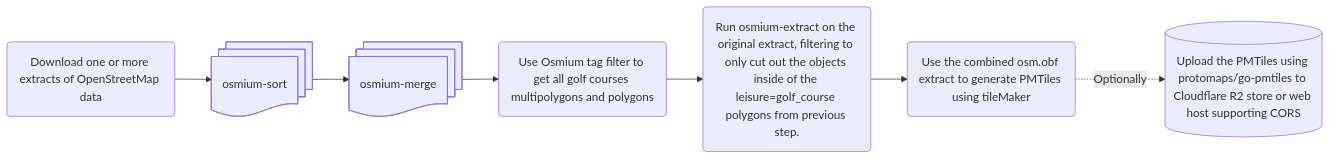
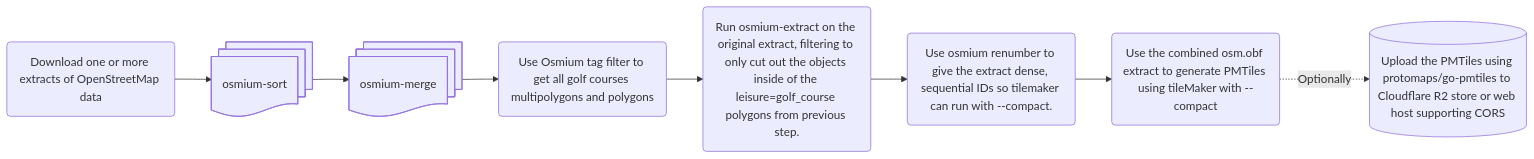
Before and after one commit to HuggeK/golfTiles: the diagram in README.md, drawn with Mermaid. The commit also changed 1 other file, not shown here.

Commit message:
Optimize generation: osmium renumber + tilemaker --compact (#13)
Renumber the golf-course extract so object IDs are dense and sequential,
then run tilemaker with --compact (its smaller/faster node store, which
requires renumbered input). Verified end to end on the Luxembourg extract:
renumbering shrank the pbf ~15% and tilemaker produced golfTiles.pmtiles.

Update the README pipeline flowchart to include the renumber step.

````diff
--- a/README.md
+++ b/README.md
@@ -32,10 +32,11 @@
 ```mermaid
 flowchart LR
-   download(Download one or more extracts of OpenStreetMap data) --> osmium-sort@{shape: docs, label:"Use osmium sort to sort all files inside of data/"} --> osmium-merge@{shape: docs, label:"Use osmium-merge to combine the extracts"} --> tagfilter(Use Osmium tag filter to get all golf courses multipolygons and polygons) --> osmiumGeographicExtract(Run osmium-extract on the original extract, filtering to only cut out the objects inside of the leisure=golf_course polygons from previous step.) --> tilemaker(Use the combined osm.obf extract to generate PMTiles using tileMaker) -. Optionally .-> upload[(Upload the PMTiles using protomaps/go-pmtiles to Cloudflare R2 store or web host supporting CORS)]
+   download(Download one or more extracts of OpenStreetMap data) --> osmium-sort@{shape: docs, label:"Use osmium sort to sort all files inside of data/"} --> osmium-merge@{shape: docs, label:"Use osmium-merge to combine the extracts"} --> tagfilter(Use Osmium tag filter to get all golf courses multipolygons and polygons) --> osmiumGeographicExtract(Run osmium-extract on the original extract, filtering to only cut out the objects inside of the leisure=golf_course polygons from previous step.) --> osmiumRenumber(Use osmium renumber to give the extract dense, sequential IDs so tilemaker can run with --compact.) --> tilemaker(Use the combined osm.obf extract to generate PMTiles using tileMaker with --compact) -. Optionally .-> upload[(Upload the PMTiles using protomaps/go-pmtiles to Cloudflare R2 store or web host supporting CORS)]
 click download "https://switch2osm.org/serving-tiles/#System-requirements"
 click tagfilter "https://docs.osmcode.org/osmium/latest/osmium-tags-filter.html"
 click osmiumGeographicExtract "https://docs.osmcode.org/osmium/latest/osmium-extract.html"
+click osmiumRenumber "https://docs.osmcode.org/osmium/latest/osmium-renumber.html"
 click osmium-merge "https://docs.osmcode.org/osmium/latest/osmium-merge.html"
 click tilemaker "https://github.com/systemed/tilemaker"
 click upload "https://docs.protomaps.com/pmtiles/cloud-storage"
 ```
````
